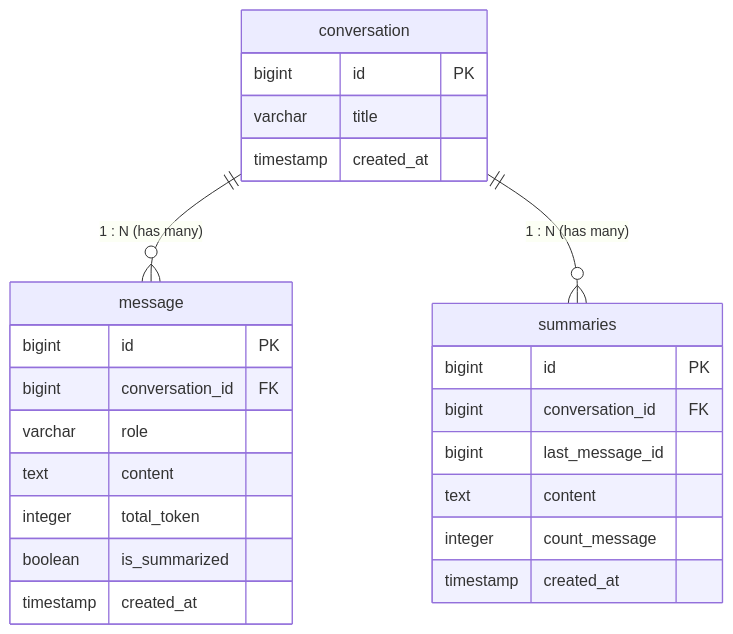
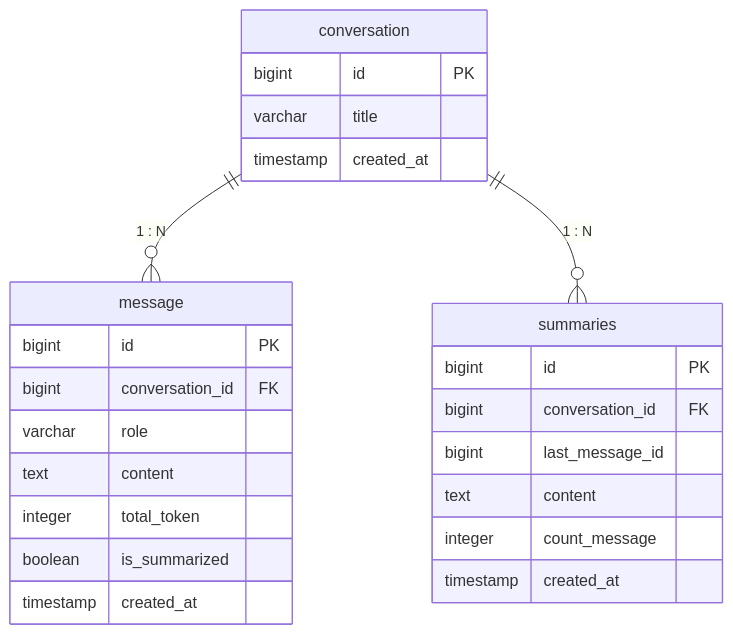
Before and after one commit to RP-Guruh/spring-shell-ai: the diagram in README.md, drawn with Mermaid. The commit also changed other lines of this file, not shown here.

Commit message:
docs: improve README phrasing and add visual schema & flow diagrams

````diff
--- a/README.md
+++ b/README.md
@@ -75,30 +123,30 @@
 ```mermaid
 erDiagram
-    conversation ||--o{ message : "1 : N (has many)"
-    conversation ||--o{ summaries : "1 : N (has many)"
+    conversation ||--o{ message : "1 : N"
+    conversation ||--o{ summaries : "1 : N"
 
     conversation {
         bigint id PK
         varchar title
         timestamp created_at
     }
 
     message {
         bigint id PK
         bigint conversation_id FK
         varchar role
         text content
         integer total_token
         boolean is_summarized
         timestamp created_at
     }
 
     summaries {
         bigint id PK
         bigint conversation_id FK
         bigint last_message_id
         text content
         integer count_message
         timestamp created_at
     }
 ```
````
